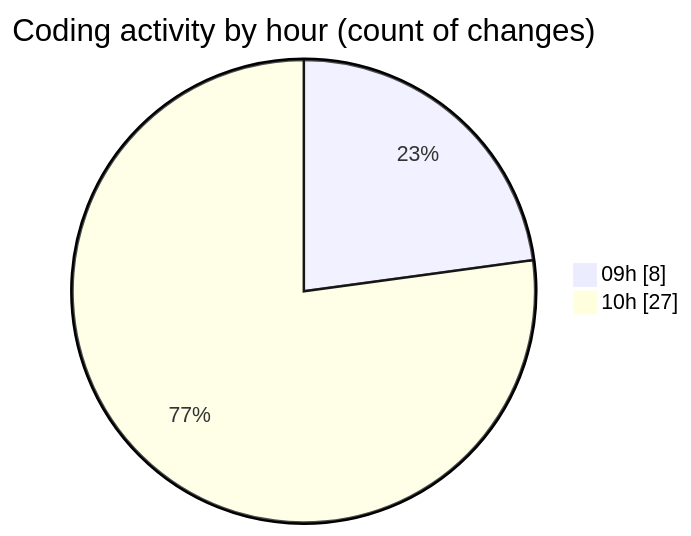
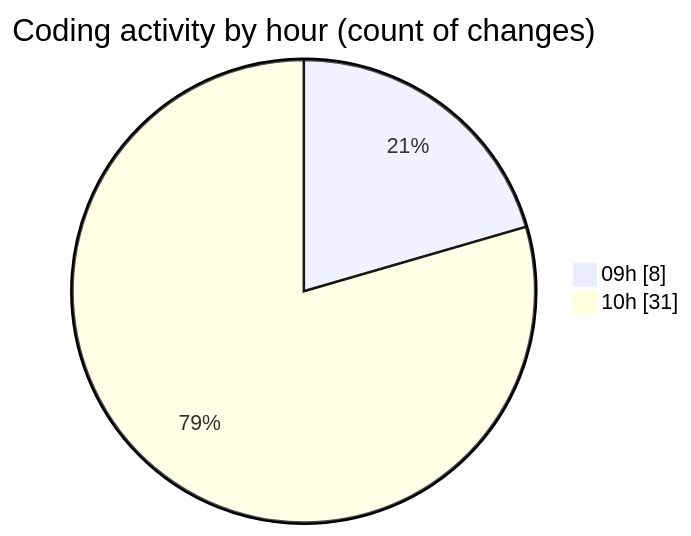
One commit to momahboobian/code-tracking changed the second of 2 diagrams in 2025-06-12/cda/README.md. Above: the diagram before and after it, drawn with Mermaid. The commit also changed other lines of this file and 1 other file, not shown here.

````diff
--- a/2025-06-12/cda/README.md
+++ b/2025-06-12/cda/README.md
@@ -28,6 +28,6 @@
 ```mermaid
 pie showData
 title Coding activity by hour (count of changes)
 "09h" : 8
-"10h" : 27
+"10h" : 31
 ```
````
